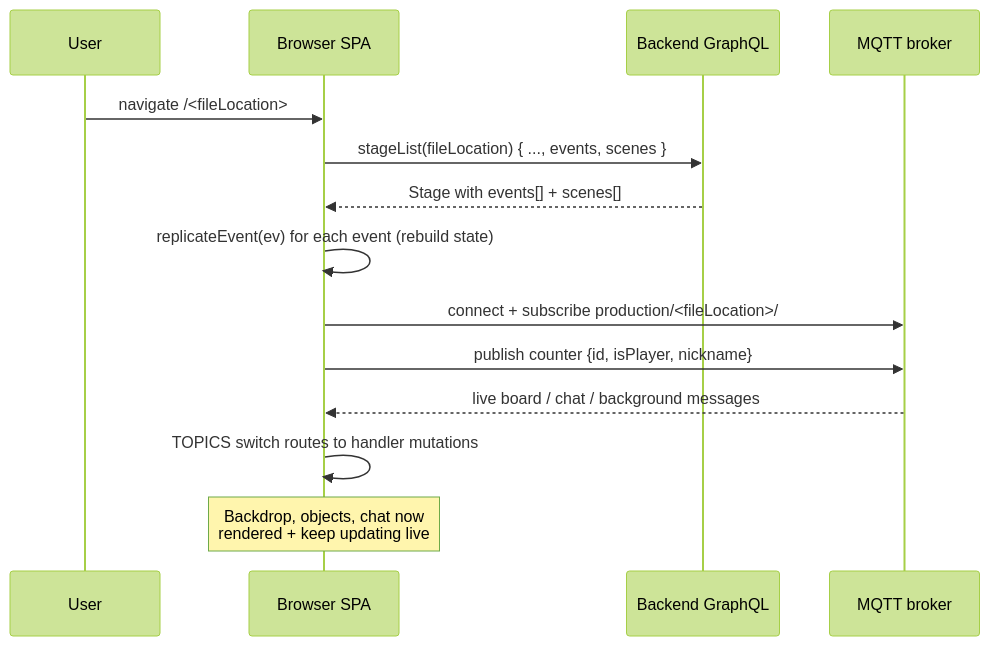
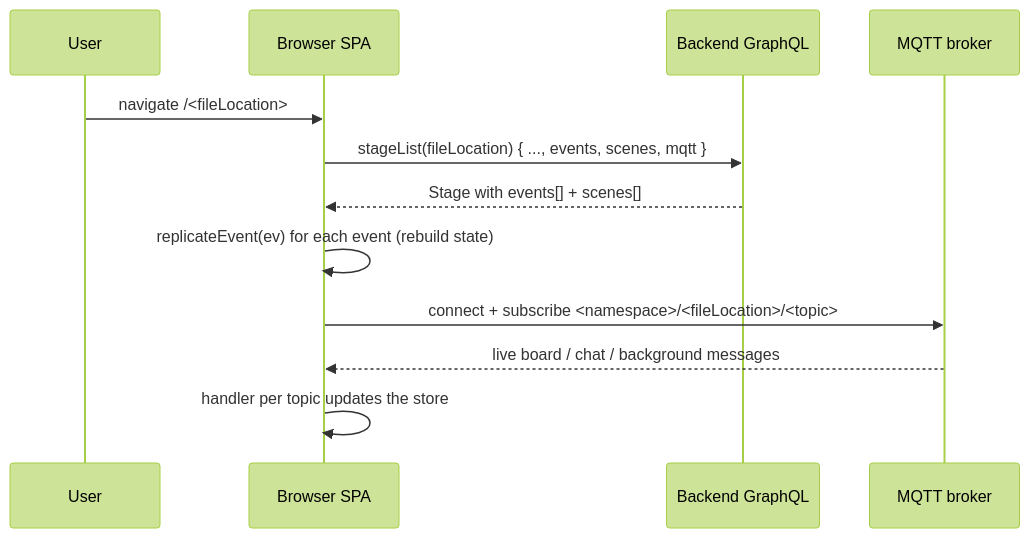
One commit to upstage-org/upstage_backend changed the second of 4 diagrams in DEVELOPER_GUIDE.md. Above: the diagram before and after it, drawn with Mermaid (forest theme). The commit also changed other lines of this file and 86 other files, not shown here.

````diff
--- a/DEVELOPER_GUIDE.md
+++ b/DEVELOPER_GUIDE.md
@@ -367,17 +233,15 @@
 ```mermaid
 sequenceDiagram
   participant U as User
   participant SPA as Browser SPA
   participant GQL as Backend GraphQL
   participant MQ as MQTT broker
 
   U->>SPA: navigate /<fileLocation>
-  SPA->>GQL: stageList(fileLocation) { ..., events, scenes }
+  SPA->>GQL: stageList(fileLocation) { ..., events, scenes, mqtt }
   GQL-->>SPA: Stage with events[] + scenes[]
   SPA->>SPA: replicateEvent(ev) for each event (rebuild state)
-  SPA->>MQ: connect + subscribe production/<fileLocation>/#
-  SPA->>MQ: publish counter {id, isPlayer, nickname}
+  SPA->>MQ: connect + subscribe <namespace>/<fileLocation>/<topic>
   MQ-->>SPA: live board / chat / background messages
-  SPA->>SPA: TOPICS switch routes to handler mutations
-  Note over SPA: Backdrop, objects, chat now<br/>rendered + keep updating live
+  SPA->>SPA: handler per topic updates the store
 ```
````
